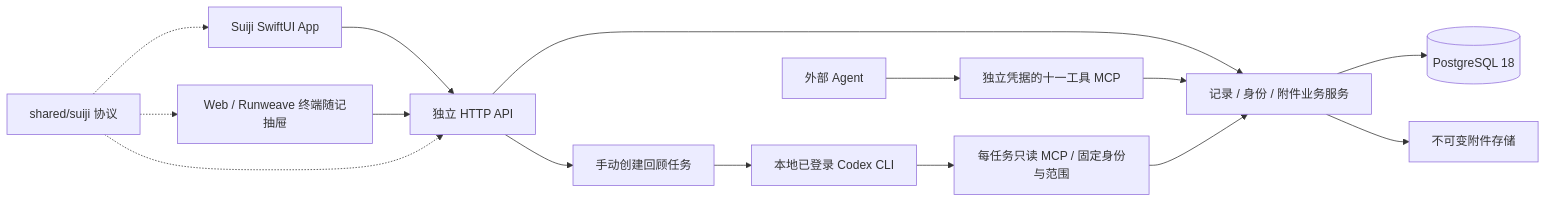
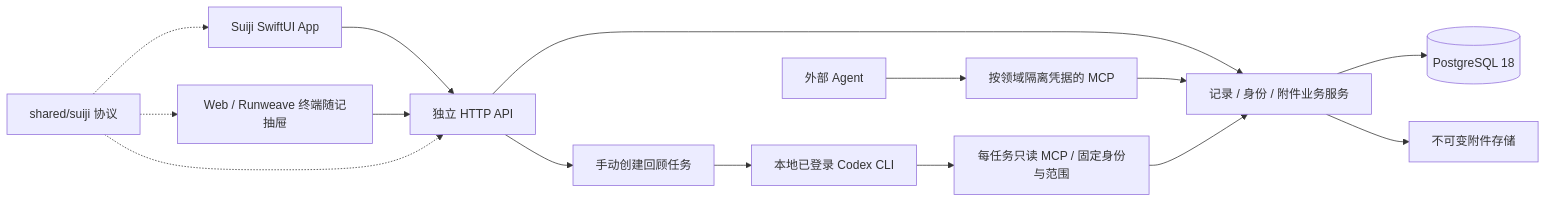
Before and after one commit to jackshen3102/run-weave: the diagram in docs/architecture/suiji.md, drawn with Mermaid. The commit also changed other lines of this file and 9 other files, not shown here.

````diff
--- a/docs/architecture/suiji.md
+++ b/docs/architecture/suiji.md
@@ -8,17 +8,17 @@
 ```mermaid
 flowchart LR
   I[Suiji SwiftUI App] --> H[独立 HTTP API]
   W[Web / Runweave 终端随记抽屉] --> H
   H --> S[记录 / 身份 / 附件业务服务]
-  A[外部 Agent] --> M[独立凭据的十一工具 MCP]
+  A[外部 Agent] --> M[按领域隔离凭据的 MCP]
   M --> S
   H --> R[手动创建回顾任务]
   R --> C[本地已登录 Codex CLI]
   C --> O[每任务只读 MCP / 固定身份与范围]
   O --> S
   S --> P[(PostgreSQL 18)]
   S --> F[不可变附件存储]
   K[shared/suiji 协议] -.-> I
   K -.-> W
   K -.-> H
 ```
````
